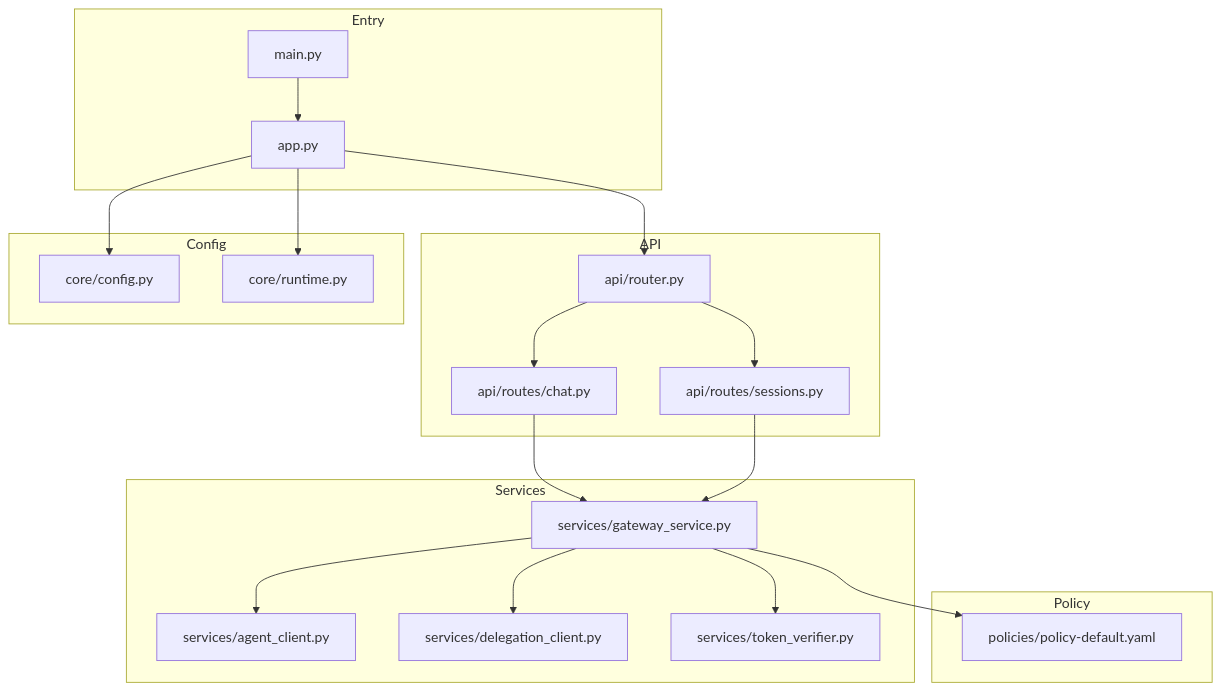
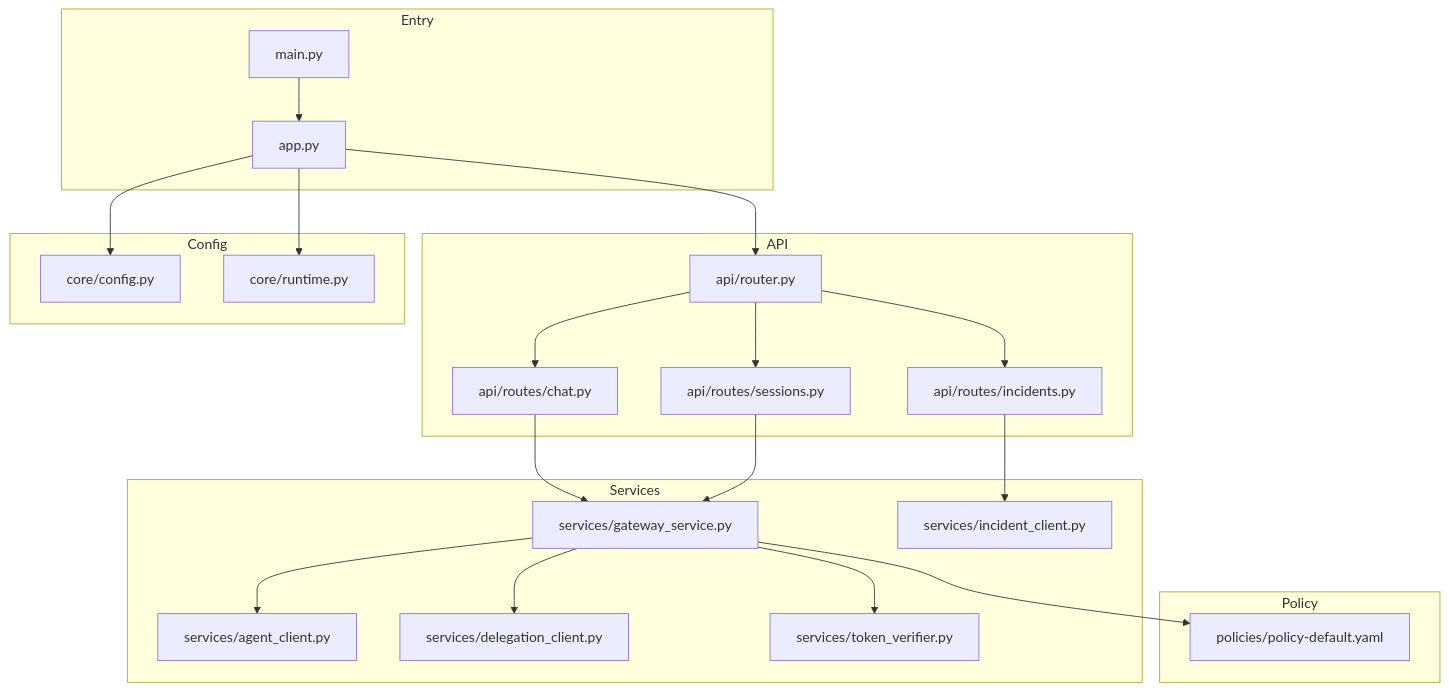
Before and after one commit to metasync/luban-aiops: the first of 12 diagrams in .qoder/repowiki/en/content/Architecture Documentation/Platform Gateway Service.md, drawn with Mermaid. The commit also changed other lines of this file and 6 other files, not shown here.

````diff
--- a/.qoder/repowiki/en/content/Architecture Documentation/Platform Gateway Service.md
+++ b/.qoder/repowiki/en/content/Architecture Documentation/Platform Gateway Service.md
@@ -57,37 +69,41 @@
 ```mermaid
 graph TB
 subgraph "Entry"
 M["main.py"]
 A["app.py"]
 end
 subgraph "API"
 R["api/router.py"]
 RC["api/routes/chat.py"]
 RS["api/routes/sessions.py"]
+RI["api/routes/incidents.py"]
 end
 subgraph "Services"
 GS["services/gateway_service.py"]
 AC["services/agent_client.py"]
+IC["services/incident_client.py"]
 DC["services/delegation_client.py"]
 TV["services/token_verifier.py"]
 end
 subgraph "Policy"
 P["policies/policy-default.yaml"]
 end
 subgraph "Config"
 CFG["core/config.py"]
 RT["core/runtime.py"]
 end
 M --> A
 A --> R
 R --> RC
 R --> RS
+R --> RI
 RC --> GS
 RS --> GS
+RI --> IC
 GS --> AC
 GS --> DC
 GS --> TV
 GS --> P
 A --> CFG
 A --> RT
 ```
````
